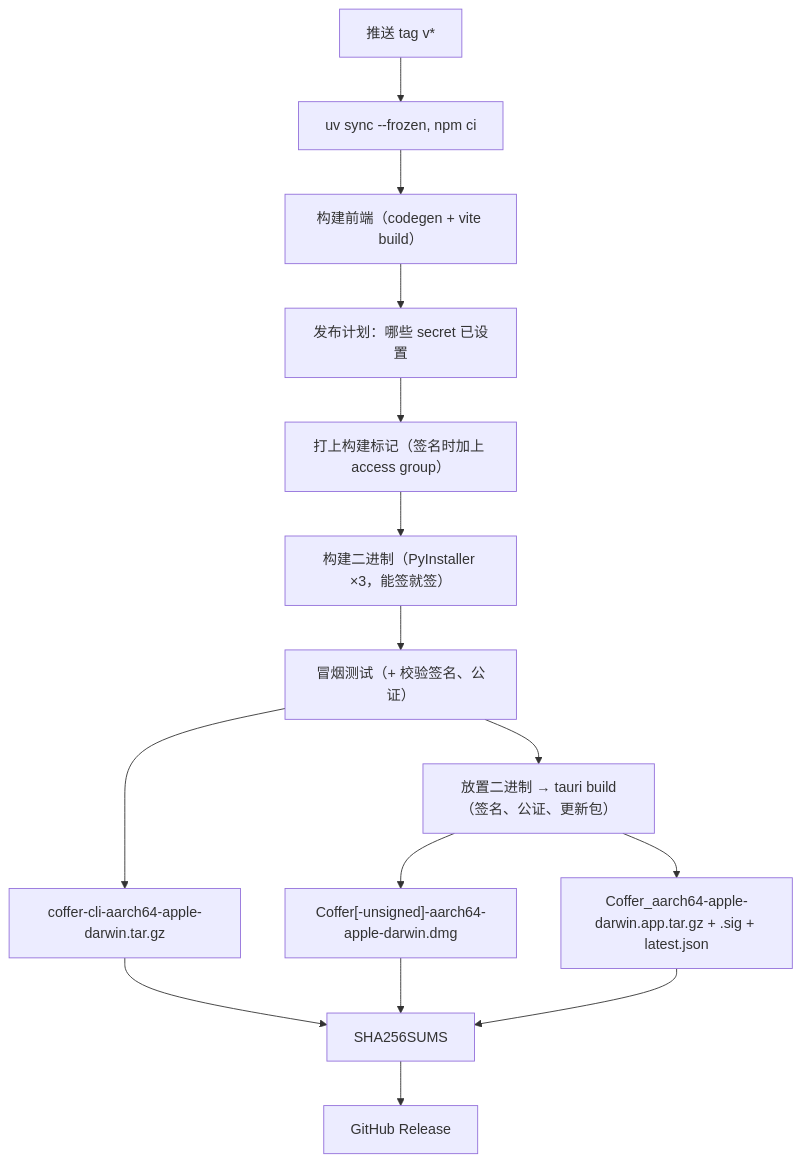
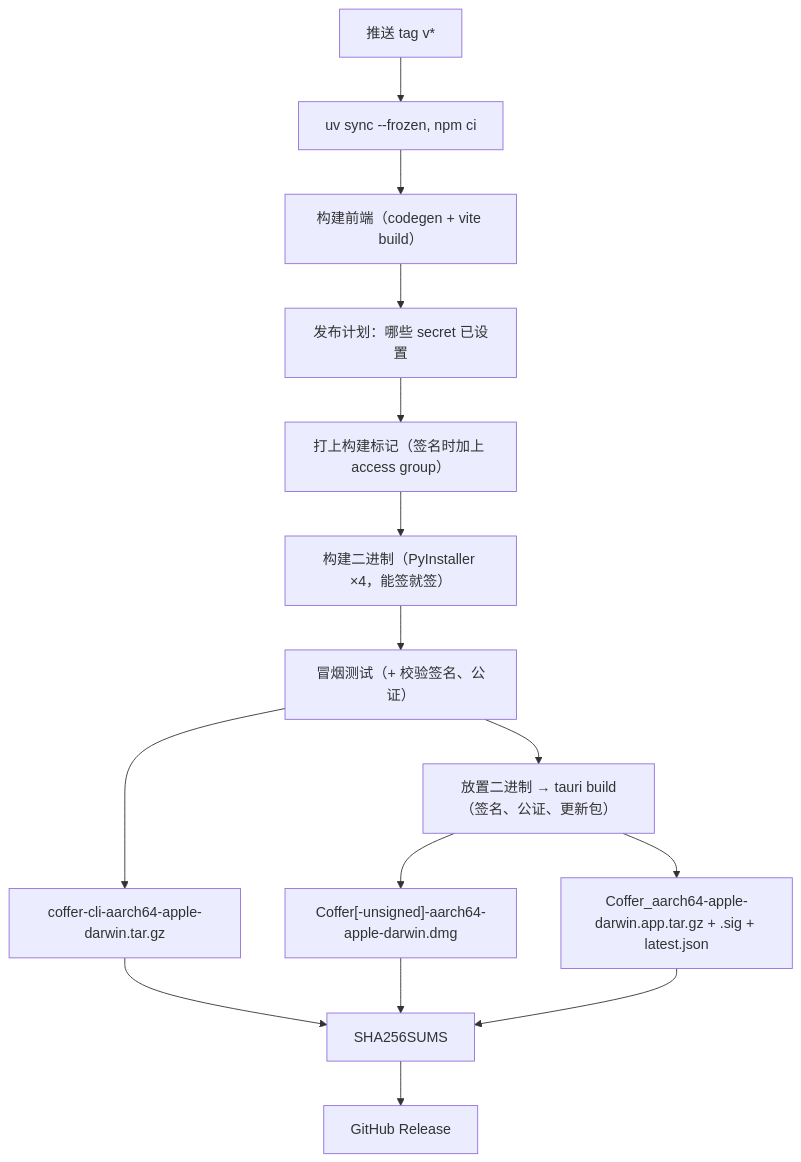
One commit to wyx-sg/Coffer changed the first of 4 diagrams in docs-site/zh/architecture/distribution.md. Above: the diagram before and after it, drawn with Mermaid. The commit also changed other lines of this file and 125 other files, not shown here.

````diff
--- a/docs-site/zh/architecture/distribution.md
+++ b/docs-site/zh/architecture/distribution.md
@@ -65,17 +66,17 @@
 ```mermaid
 flowchart TD
     T["推送 tag v*"] --> I["uv sync --frozen, npm ci"]
     I --> F["构建前端（codegen + vite build）"]
     F --> P["发布计划：哪些 secret 已设置"]
     P --> S["打上构建标记（签名时加上 access group）"]
-    S --> B["构建二进制（PyInstaller ×3，能签就签）"]
+    S --> B["构建二进制（PyInstaller ×4，能签就签）"]
     B --> K["冒烟测试（+ 校验签名、公证）"]
     K --> A["coffer-cli-aarch64-apple-darwin.tar.gz"]
     K --> D["放置二进制 → tauri build（签名、公证、更新包）"]
     D --> G["Coffer[-unsigned]-aarch64-apple-darwin.dmg"]
     D --> U["Coffer_aarch64-apple-darwin.app.tar.gz + .sig + latest.json"]
     A --> H["SHA256SUMS"]
     G --> H
     U --> H
     H --> R["GitHub Release"]
 ```
````
